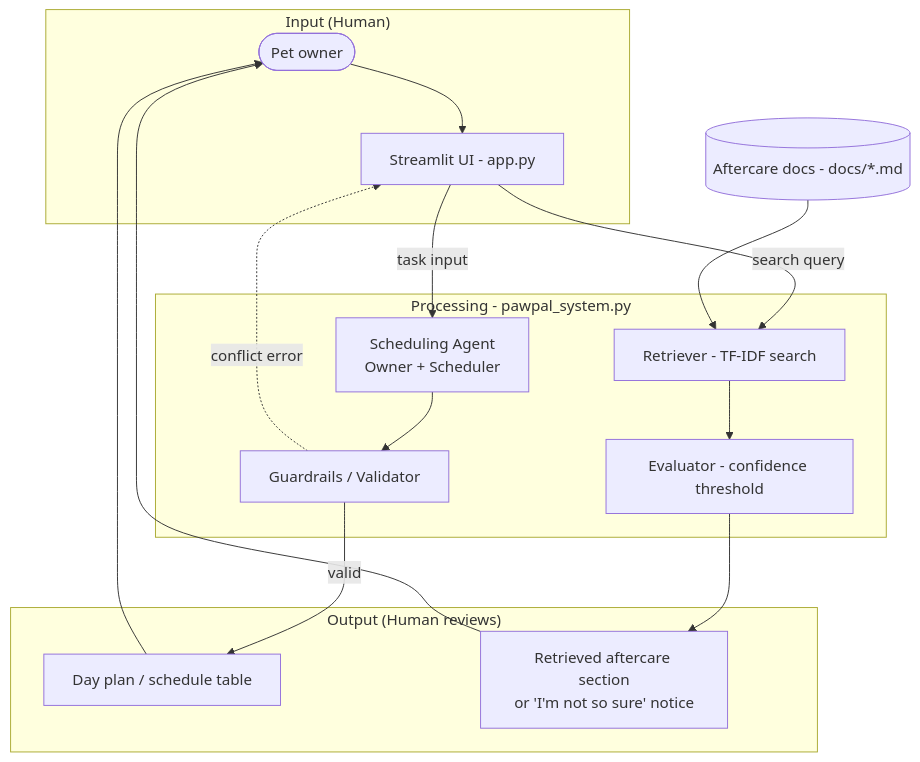
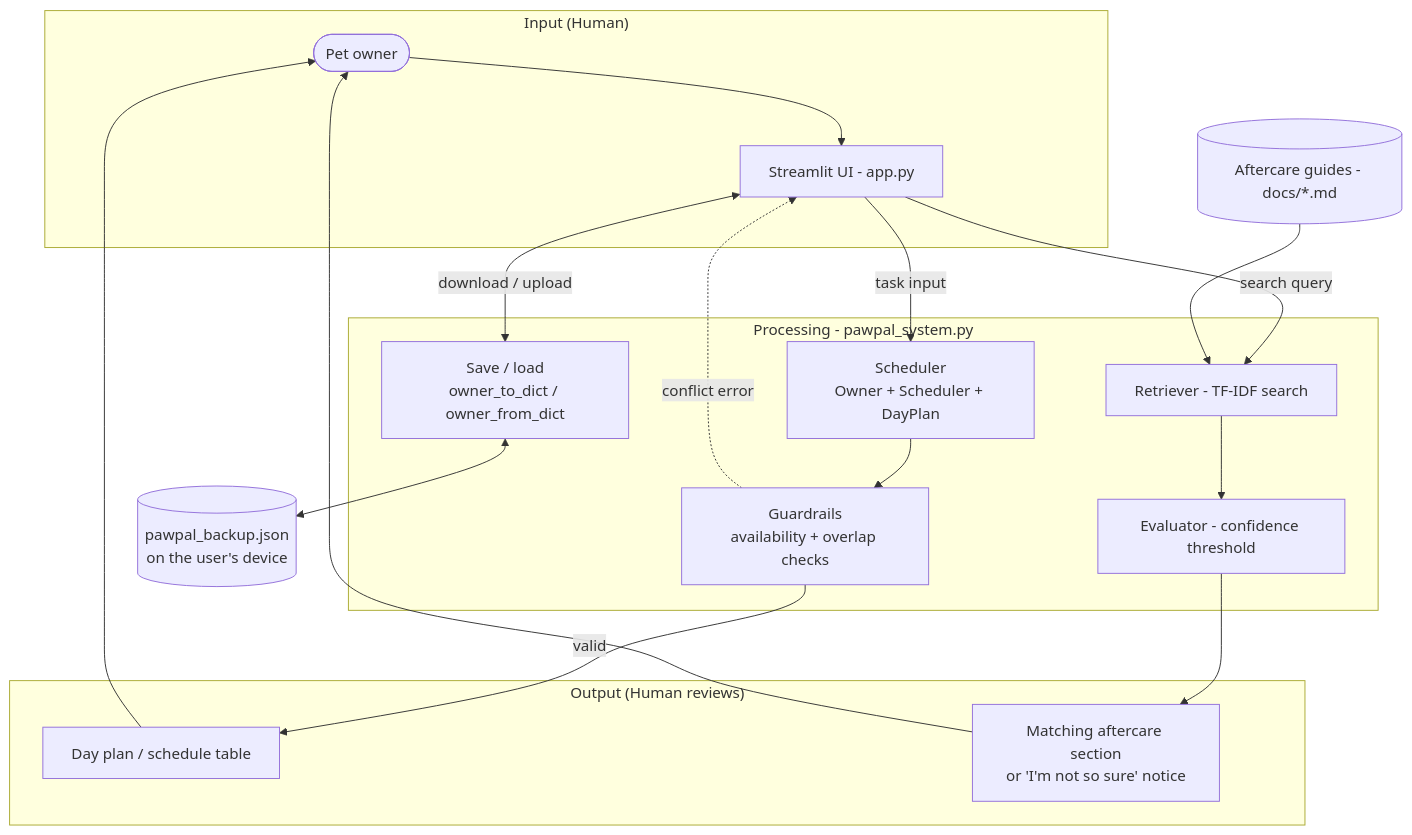
Before and after one commit to okayadaa/PawsCare: the diagram in README.md, drawn with Mermaid. The commit also changed other lines of this file and 7 other files, not shown here.

Commit message:
Clean up app, fix scheduling bugs, add save/restore, add logo

````diff
--- a/README.md
+++ b/README.md
@@ -73,33 +38,37 @@
 ```mermaid
 flowchart TB
     subgraph INPUT["Input (Human)"]
         User(["Pet owner"])
         UI["Streamlit UI - app.py"]
     end
 
     subgraph CORE["Processing - pawpal_system.py"]
-        Agent["Scheduling Agent<br/>Owner + Scheduler"]
-        Guard["Guardrails / Validator"]
+        Agent["Scheduler<br/>Owner + Scheduler + DayPlan"]
+        Guard["Guardrails<br/>availability + overlap checks"]
         Retriever["Retriever - TF-IDF search"]
         Evaluator["Evaluator - confidence threshold"]
+        Store["Save / load<br/>owner_to_dict / owner_from_dict"]
     end
 
-    Docs[("Aftercare docs - docs/*.md")]
+    Docs[("Aftercare guides - docs/*.md")]
+    Backup[("pawpal_backup.json<br/>on the user's device")]
 
     subgraph OUTPUT["Output (Human reviews)"]
         Plan["Day plan / schedule table"]
-        Answer["Retrieved aftercare section<br/>or 'I'm not so sure' notice"]
+        Answer["Matching aftercare section<br/>or 'I'm not so sure' notice"]
     end
 
     User --> UI
     UI -->|task input| Agent
     Agent --> Guard
     Guard -->|valid| Plan
     Guard -.->|conflict error| UI
     UI -->|search query| Retriever
     Docs --> Retriever
     Retriever --> Evaluator
     Evaluator --> Answer
+    UI <-->|download / upload| Store
+    Store <--> Backup
     Plan --> User
     Answer --> User
 ```
````
